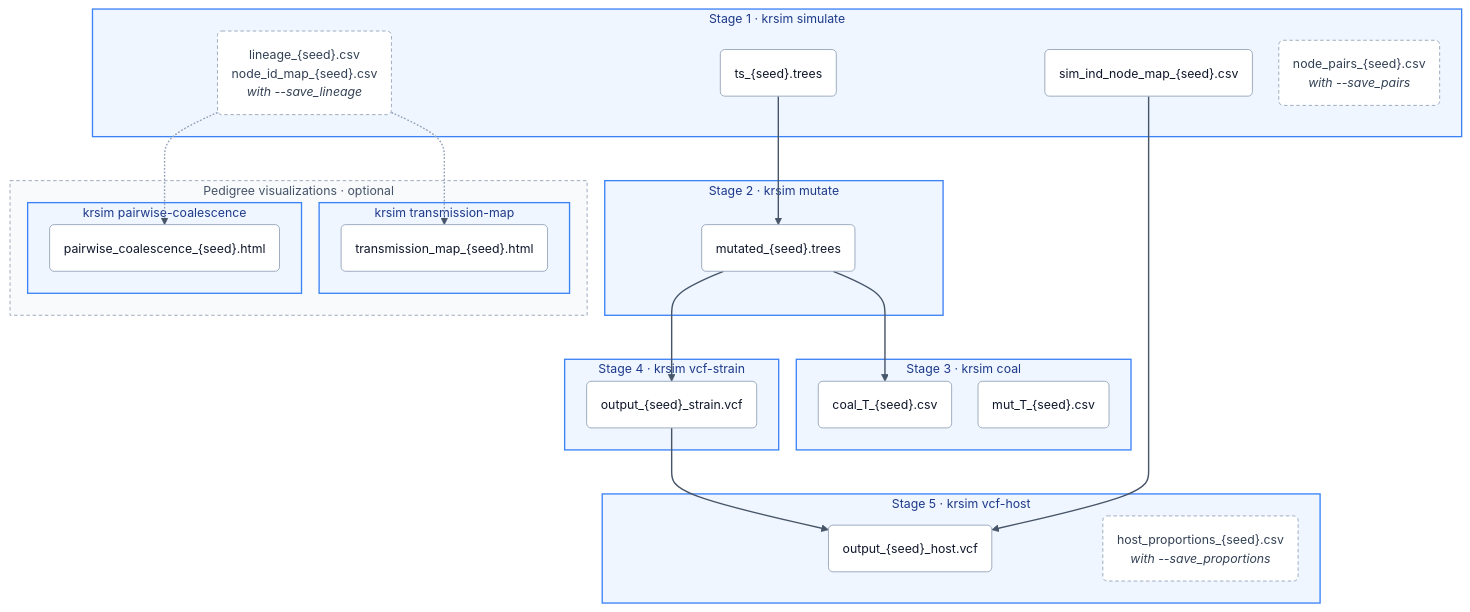
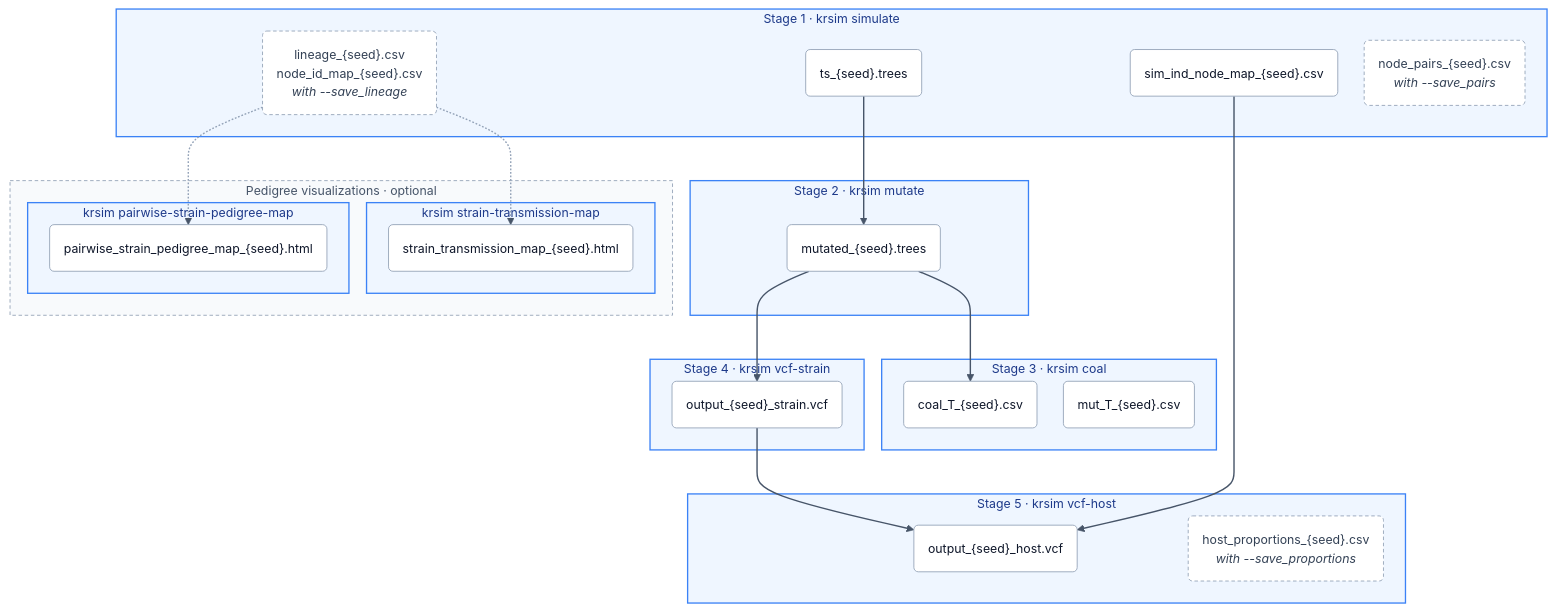
Before and after one commit to mrc-ide/KR_simulator: the diagram in README.md, drawn with Mermaid. The commit also changed other lines of this file and 12 other files, not shown here.

First line of the commit message:
Rename the visualizations: strain-transmission-map and pairwise-strain-pedigree-map

````diff
--- a/README.md
+++ b/README.md
@@ -49,55 +49,55 @@
 ```mermaid
 %%{init: {"theme": "base", "themeVariables": {"fontFamily": "ui-sans-serif, system-ui, -apple-system, Segoe UI, Helvetica, Arial, sans-serif", "fontSize": "14px", "lineColor": "#475569"}, "flowchart": {"curve": "basis", "nodeSpacing": 30, "rankSpacing": 50, "padding": 16}}}%%
 flowchart TD
     subgraph SIM["Stage 1 · krsim simulate"]
         ts("ts_{seed}.trees"):::file
         sinm("sim_ind_node_map_{seed}.csv"):::file
         lin("lineage_{seed}.csv<br/>node_id_map_{seed}.csv<br/><i>with --save_lineage</i>"):::optfile
         pairs("node_pairs_{seed}.csv<br/><i>with --save_pairs</i>"):::optfile
     end
 
     subgraph MUT["Stage 2 · krsim mutate"]
         mts("mutated_{seed}.trees"):::file
     end
 
     subgraph COAL["Stage 3 · krsim coal"]
         coalT("coal_T_{seed}.csv"):::file
         mutT("mut_T_{seed}.csv"):::file
     end
 
     subgraph VCFS["Stage 4 · krsim vcf-strain"]
         svcf("output_{seed}_strain.vcf"):::file
     end
 
     subgraph VCFH["Stage 5 · krsim vcf-host"]
         hvcf("output_{seed}_host.vcf"):::file
         props("host_proportions_{seed}.csv<br/><i>with --save_proportions</i>"):::optfile
     end
 
     subgraph VIS["Pedigree visualizations · optional"]
-        subgraph TMAP["krsim transmission-map"]
-            tmapH("transmission_map_{seed}.html"):::file
+        subgraph TMAP["krsim strain-transmission-map"]
+            tmapH("strain_transmission_map_{seed}.html"):::file
         end
-        subgraph PW["krsim pairwise-coalescence"]
-            pwH("pairwise_coalescence_{seed}.html"):::file
+        subgraph PW["krsim pairwise-strain-pedigree-map"]
+            pwH("pairwise_strain_pedigree_map_{seed}.html"):::file
         end
     end
 
     %% arrows point at the files inside each stage (not the stage box itself),
     %% which keeps mermaid from stretching the boxes
     ts --> mts
     mts --> coalT
     mts --> svcf
     svcf --> hvcf
     sinm --> hvcf
     lin -.-> tmapH
     lin -.-> pwH
 
     classDef file fill:#ffffff,stroke:#94a3b8,stroke-width:1px,color:#0f172a
     classDef optfile fill:#ffffff,stroke:#94a3b8,stroke-width:1px,stroke-dasharray:4 3,color:#334155
     classDef stage fill:#eff6ff,stroke:#3b82f6,stroke-width:1.5px,color:#1e3a8a
     class SIM,MUT,COAL,VCFS,VCFH,TMAP,PW stage
     style VIS fill:#f8fafc,stroke:#94a3b8,stroke-width:1px,stroke-dasharray:4 3,color:#475569
     linkStyle default stroke:#475569,stroke-width:1.6px
     linkStyle 5,6 stroke:#94a3b8,stroke-width:1.6px
 ```
````
